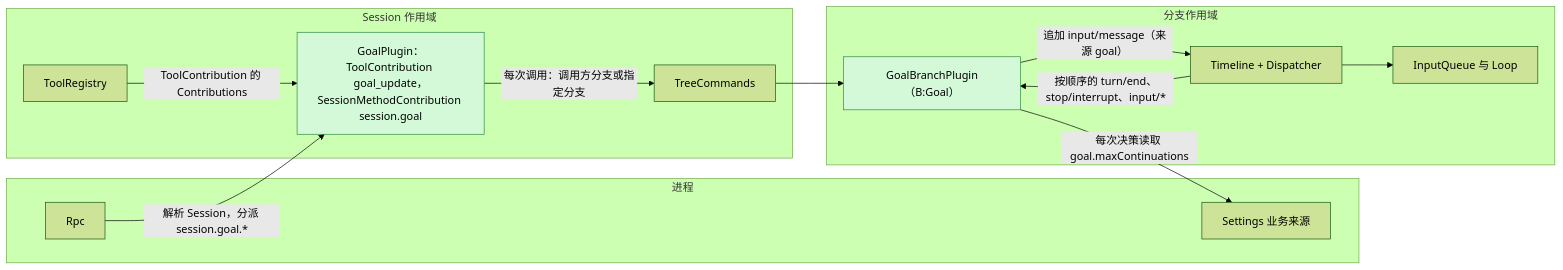
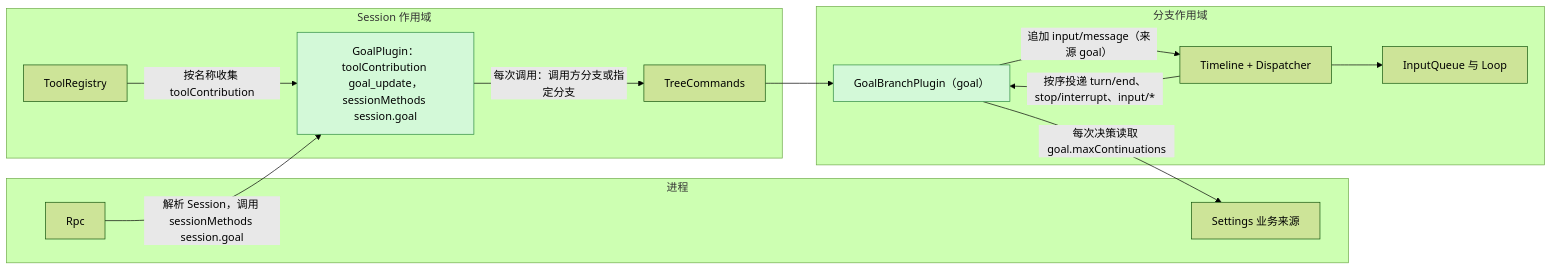
One commit to CoutinhoTTS/dim-agent changed the first of 6 diagrams in docs/zh/design/plugins/Goal.md. Above: the diagram before and after it, drawn with Mermaid (forest theme). The commit also changed other lines of this file and 18 other files, not shown here.

````diff
--- a/docs/zh/design/plugins/Goal.md
+++ b/docs/zh/design/plugins/Goal.md
@@ -9,26 +9,26 @@
 ```mermaid
 flowchart LR
   subgraph PROC["进程"]
     Rpc["Rpc"]
     Settings["Settings 业务来源"]
   end
   subgraph SESS["Session 作用域"]
-    GS["GoalPlugin：ToolContribution goal_update，SessionMethodContribution session.goal"]:::new
+    GS["GoalPlugin：toolContribution goal_update，sessionMethods session.goal"]:::new
     TR["ToolRegistry"]
     TC["TreeCommands"]
   end
   subgraph BR["分支作用域"]
-    GB["GoalBranchPlugin（B:Goal）"]:::new
+    GB["GoalBranchPlugin（goal）"]:::new
     TL["Timeline + Dispatcher"]
     IQ["InputQueue 与 Loop"]
   end
-  TR -- "ToolContribution 的 Contributions" --> GS
-  Rpc -- "解析 Session，分派 session.goal.*" --> GS
+  TR -- "按名称收集 toolContribution" --> GS
+  Rpc -- "解析 Session，调用 sessionMethods session.goal" --> GS
   GS -- "每次调用：调用方分支或指定分支" --> TC
   TC --> GB
-  TL -- "按顺序的 turn/end、stop/interrupt、input/*" --> GB
+  TL -- "按序投递 turn/end、stop/interrupt、input/*" --> GB
   GB -- "追加 input/message（来源 goal）" --> TL
   GB -- "每次决策读取 goal.maxContinuations" --> Settings
   TL --> IQ
   classDef new fill:#d3f9d8,stroke:#2b8a3e,color:#000
 ```
````
